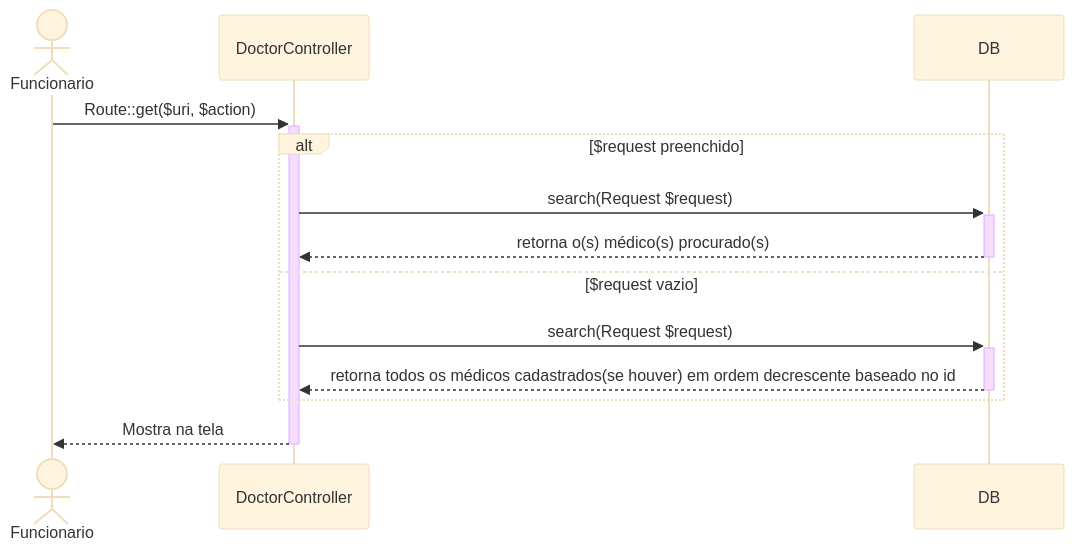
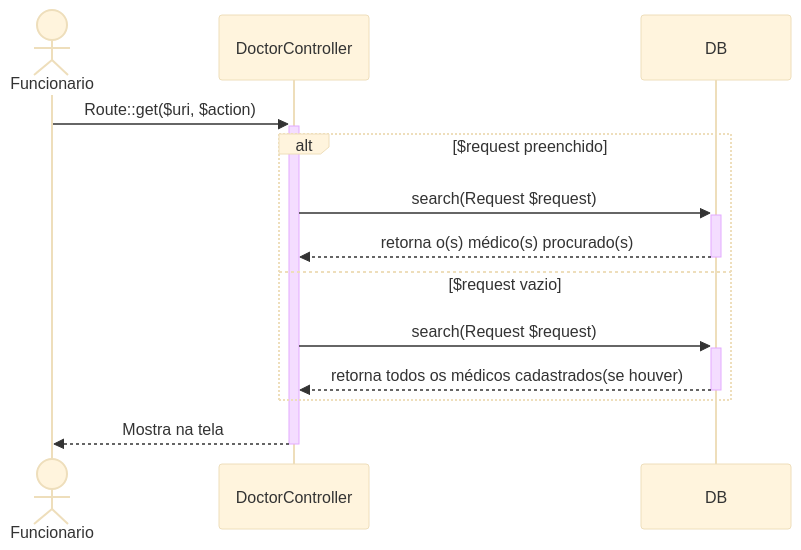
The second of 3 diagrams in docs/diagramas_de_sequencia/UC003_gerenciar_medico.md (UniFil-NPI/ProjetoAnalisesClinicas), drawn with Mermaid (base theme) before and after one commit. The commit also changed 10 other files, not shown here.

````diff
--- a/docs/diagramas_de_sequencia/UC003_gerenciar_medico.md
+++ b/docs/diagramas_de_sequencia/UC003_gerenciar_medico.md
@@ -25,16 +25,16 @@
 ```mermaid
 sequenceDiagram
 
 actor Funcionario  
 
 Funcionario->>+DoctorController: Route::get($uri, $action)
 alt $request preenchido
 DoctorController->>+DB: search(Request $request)
 DB-->>-DoctorController: retorna o(s) médico(s) procurado(s)
 else $request vazio
 DoctorController->>+DB: search(Request $request)
-DB-->>-DoctorController: retorna todos os médicos cadastrados(se houver) em ordem decrescente baseado no id
+DB-->>-DoctorController: retorna todos os médicos cadastrados(se houver)
 end
 DoctorController-->>-Funcionario: Mostra na tela
 
 ```
````
